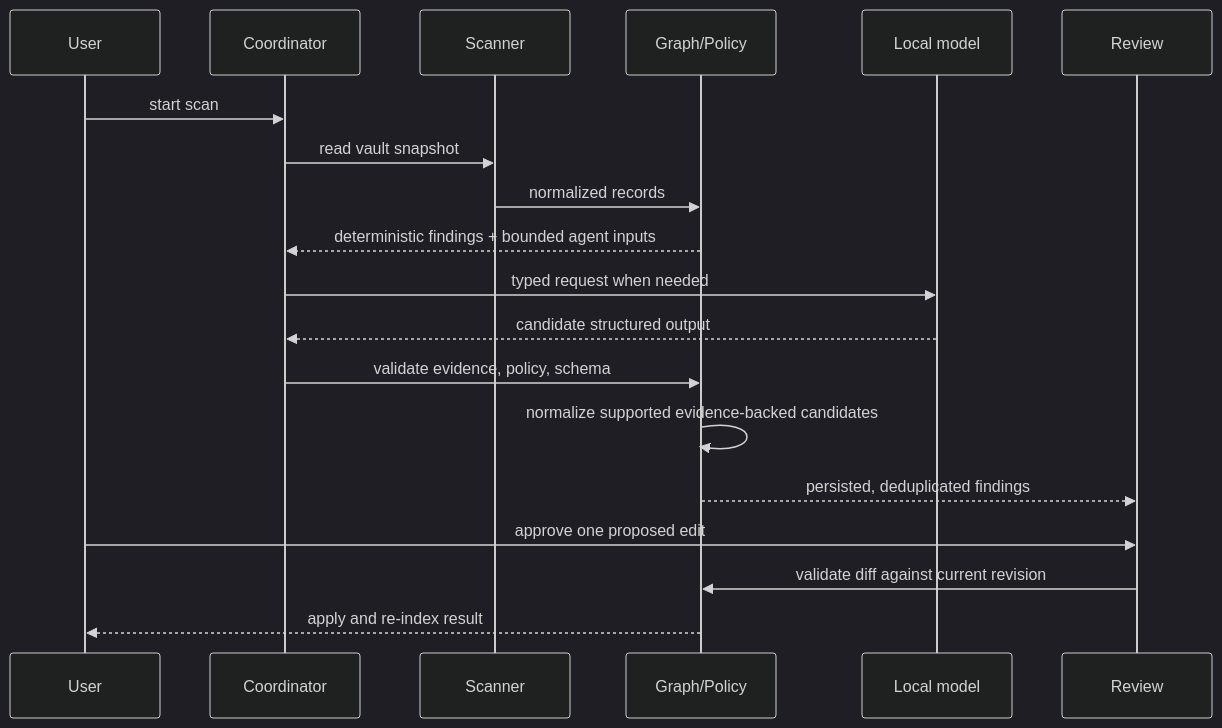
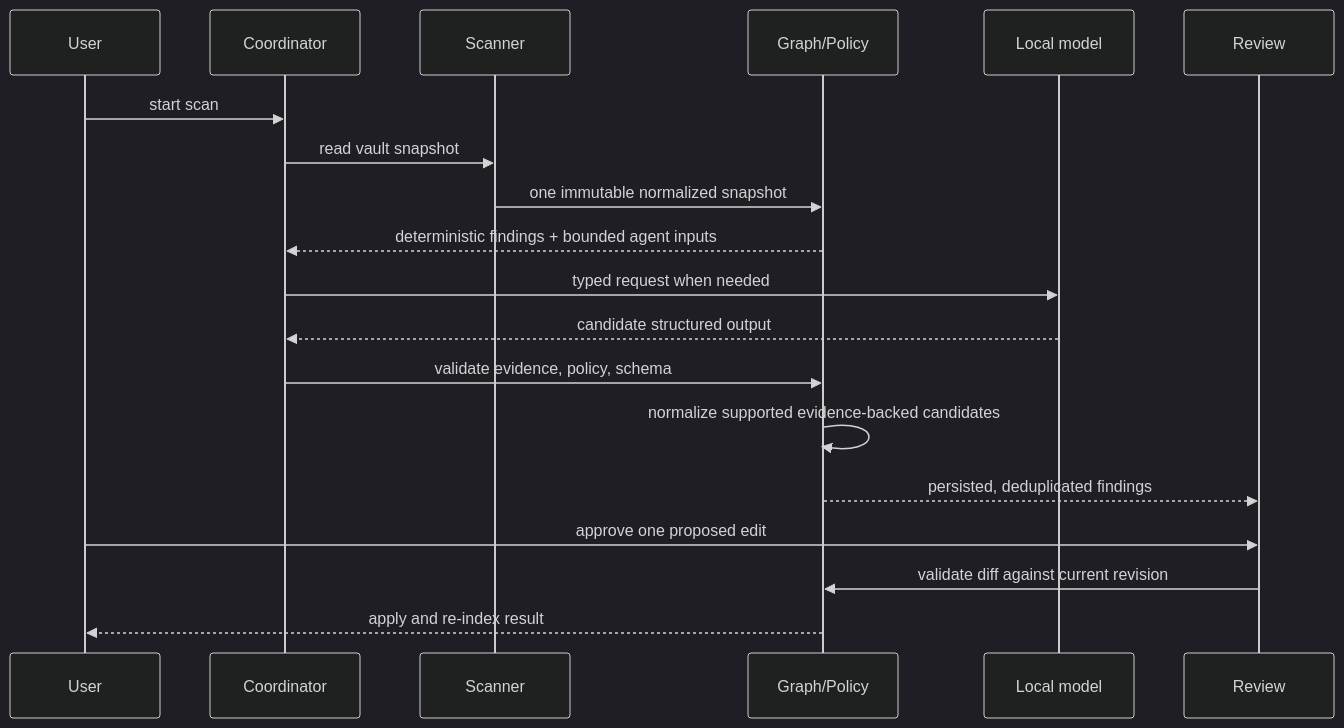
Before and after one commit to ibrahim1023/vault-steward: the second of 2 diagrams in docs/architecture.md, drawn with Mermaid (dark theme). The commit also changed other lines of this file and 9 other files, not shown here.

````diff
--- a/docs/architecture.md
+++ b/docs/architecture.md
@@ -45,21 +46,21 @@
 ```mermaid
 sequenceDiagram
   participant User
   participant Coordinator
   participant Scanner
   participant Core as Graph/Policy
   participant Model as Local model
   participant Review
   User->>Coordinator: start scan
   Coordinator->>Scanner: read vault snapshot
-  Scanner->>Core: normalized records
+  Scanner->>Core: one immutable normalized snapshot
   Core-->>Coordinator: deterministic findings + bounded agent inputs
   Coordinator->>Model: typed request when needed
   Model-->>Coordinator: candidate structured output
   Coordinator->>Core: validate evidence, policy, schema
   Core->>Core: normalize supported evidence-backed candidates
   Core-->>Review: persisted, deduplicated findings
   User->>Review: approve one proposed edit
   Review->>Core: validate diff against current revision
   Core-->>User: apply and re-index result
 ```
````
